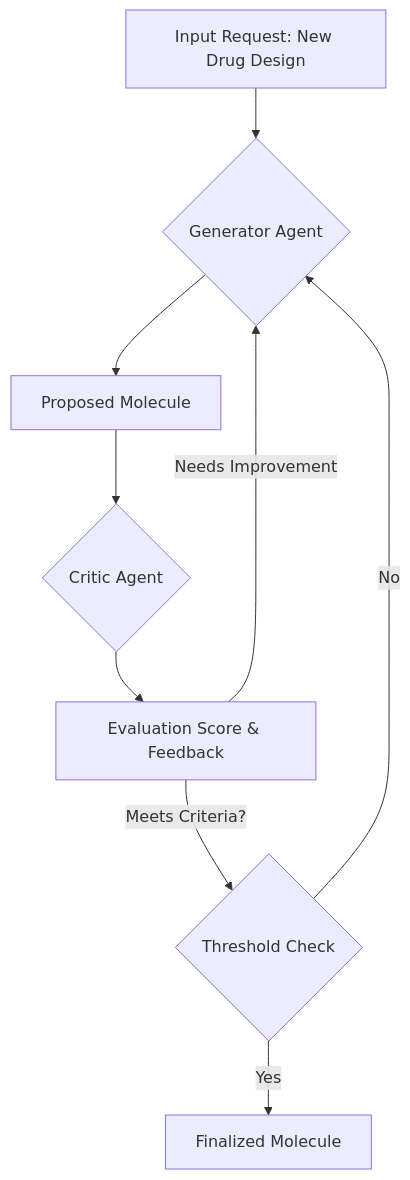
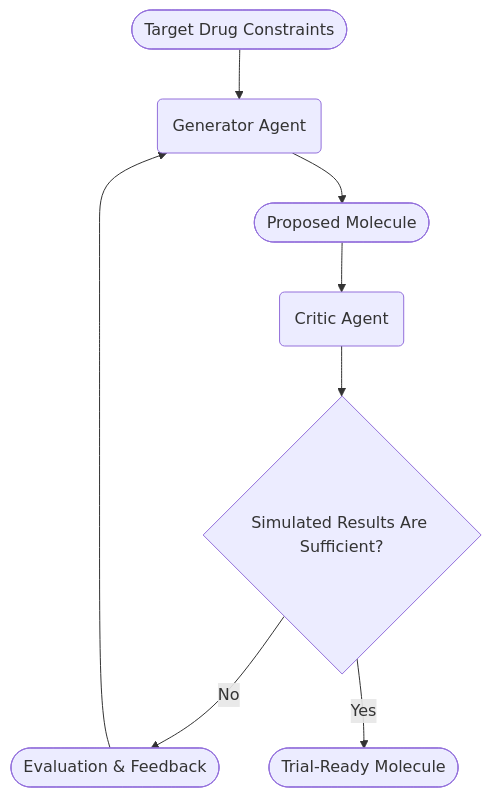
The diagram in generator-critic/README.md (sep/ai-agent-swarm), drawn with Mermaid before and after one commit. The commit also changed other lines of this file and 7 other files, not shown here.

````diff
--- a/generator-critic/README.md
+++ b/generator-critic/README.md
@@ -10,13 +10,12 @@
 ```mermaid
 flowchart TB
-    A[Input Request: New Drug Design] --> B{Generator Agent}
-    B --> C[Proposed Molecule]
-    C --> D{Critic Agent}
-    D --> E[Evaluation Score & Feedback]
+    A([Target Drug Constraints]) --> B(Generator Agent)
+    B --> C([Proposed Molecule])
+    C --> D(Critic Agent)
+    D --> E{Simulated Results Are Sufficient?}
 
-    E -->|Needs Improvement| B
-    E -->|Meets Criteria?| F{Threshold Check}
+    E -->|No| F([Evaluation & Feedback])
+    F --> B
 
-    F -->|No| B
-    F -->|Yes| G[Finalized Molecule]
+    E -->|Yes| G([Trial-Ready Molecule])
 ```
````
